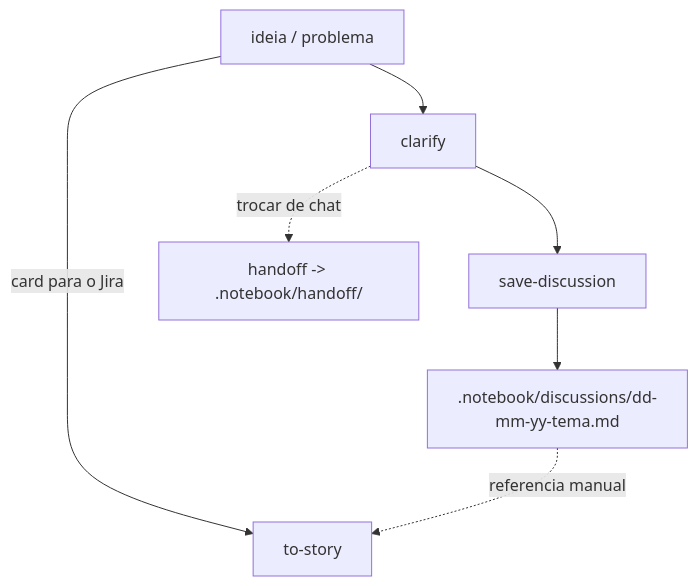
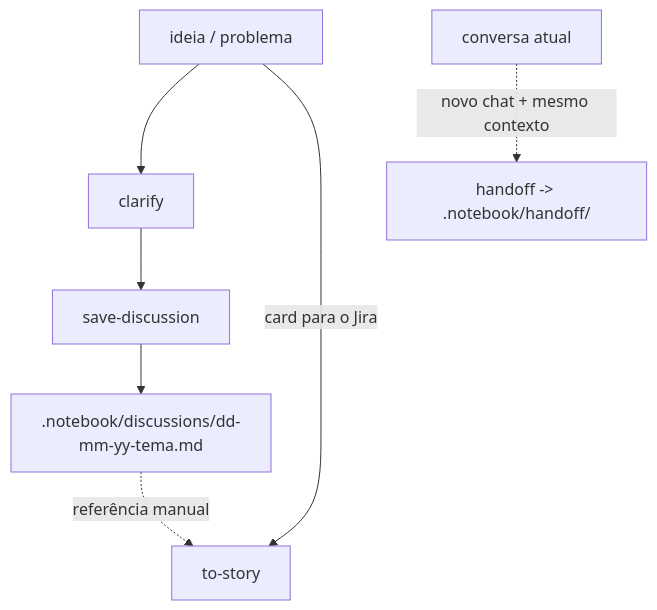
Before and after one commit to leaofelipe/ia-stuff: the diagram in README.md, drawn with Mermaid. The commit also changed other lines of this file, not shown here.

Commit message:
Rewrite the README in Portuguese and show handoff as its own step.

````diff
--- a/README.md
+++ b/README.md
@@ -27,9 +25,9 @@
 ```mermaid
 flowchart TD
     ideia[ideia / problema] --> clarify[clarify]
     clarify --> docs[save-discussion]
     docs --> disc[".notebook/discussions/dd-mm-yy-tema.md"]
-    clarify -.->|trocar de chat| ho["handoff -> .notebook/handoff/"]
+    conversa[conversa atual] -.->|novo chat + mesmo contexto| ho["handoff -> .notebook/handoff/"]
     ideia -->|card para o Jira| story[to-story]
-    disc -.->|referencia manual| story
+    disc -.->|referência manual| story
 ```
````
